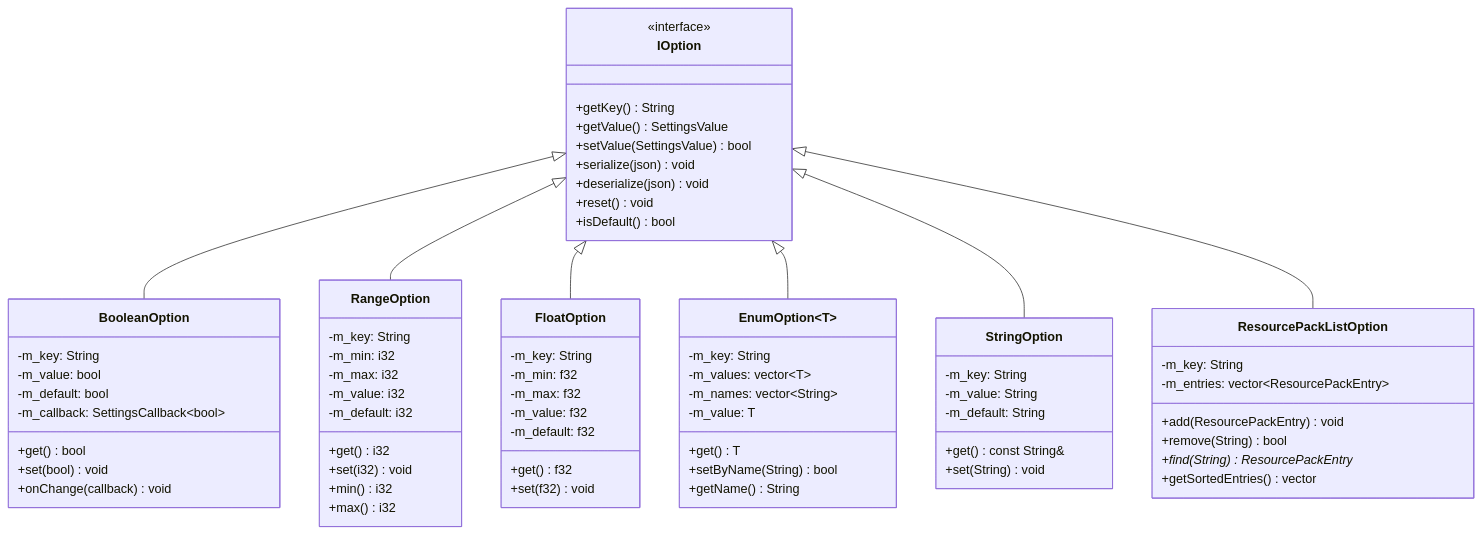
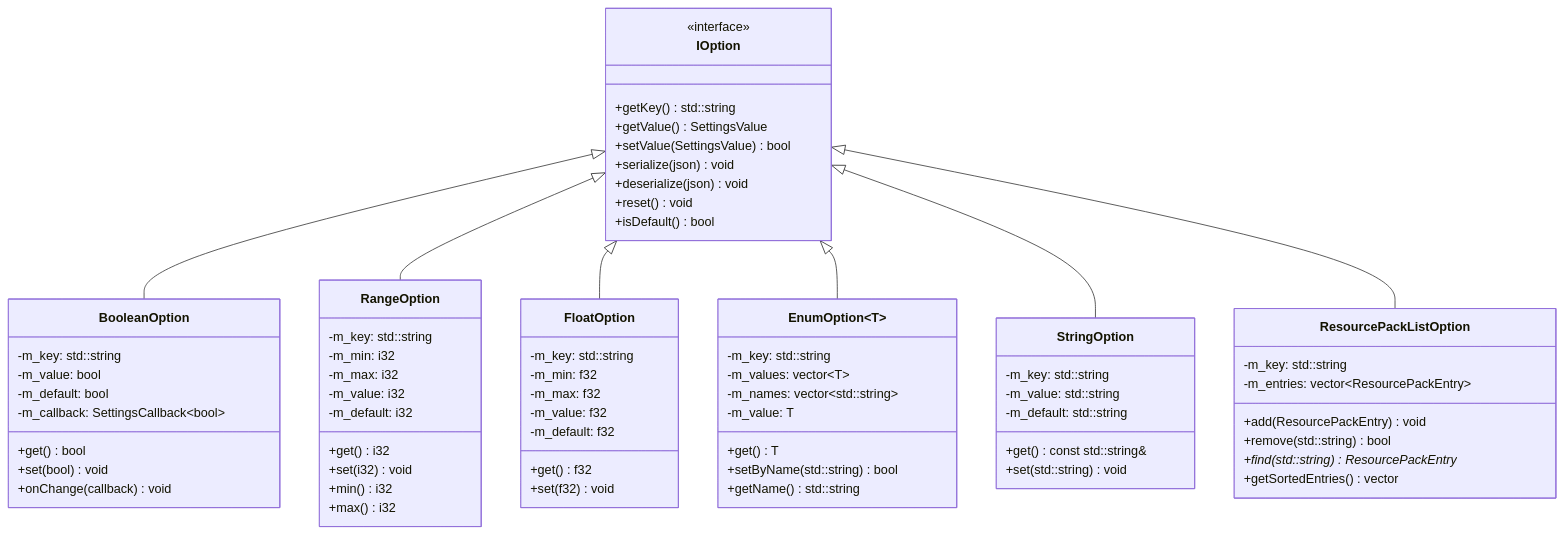
Before and after one commit to g122622/Cubium: the fourth of 5 diagrams in src/client/settings/README.md, drawn with Mermaid. The commit also changed other lines of this file and 823 other files, not shown here.

````diff
--- a/src/client/settings/README.md
+++ b/src/client/settings/README.md
@@ -468,79 +468,79 @@
 ```mermaid
 classDiagram
     class IOption {
         <<interface>>
-        +getKey() String
+        +getKey() std::string
         +getValue() SettingsValue
         +setValue(SettingsValue) bool
         +serialize(json) void
         +deserialize(json) void
         +reset() void
         +isDefault() bool
     }
 
     class BooleanOption {
-        -m_key: String
+        -m_key: std::string
         -m_value: bool
         -m_default: bool
         -m_callback: SettingsCallback~bool~
         +get() bool
         +set(bool) void
         +onChange(callback) void
     }
 
     class RangeOption {
-        -m_key: String
+        -m_key: std::string
         -m_min: i32
         -m_max: i32
         -m_value: i32
         -m_default: i32
         +get() i32
         +set(i32) void
         +min() i32
         +max() i32
     }
 
     class FloatOption {
-        -m_key: String
+        -m_key: std::string
         -m_min: f32
         -m_max: f32
         -m_value: f32
         -m_default: f32
         +get() f32
         +set(f32) void
     }
 
     class EnumOption~T~ {
-        -m_key: String
+        -m_key: std::string
         -m_values: vector~T~
-        -m_names: vector~String~
+        -m_names: vector~std::string~
         -m_value: T
         +get() T
-        +setByName(String) bool
-        +getName() String
+        +setByName(std::string) bool
+        +getName() std::string
     }
 
     class StringOption {
-        -m_key: String
-        -m_value: String
-        -m_default: String
-        +get() const String&
-        +set(String) void
+        -m_key: std::string
+        -m_value: std::string
+        -m_default: std::string
+        +get() const std::string&
+        +set(std::string) void
     }
 
     class ResourcePackListOption {
-        -m_key: String
+        -m_key: std::string
         -m_entries: vector~ResourcePackEntry~
         +add(ResourcePackEntry) void
-        +remove(String) bool
-        +find(String) ResourcePackEntry*
+        +remove(std::string) bool
+        +find(std::string) ResourcePackEntry*
         +getSortedEntries() vector
     }
 
     IOption <|-- BooleanOption
     IOption <|-- RangeOption
     IOption <|-- FloatOption
     IOption <|-- EnumOption
     IOption <|-- StringOption
     IOption <|-- ResourcePackListOption
 ```
````
